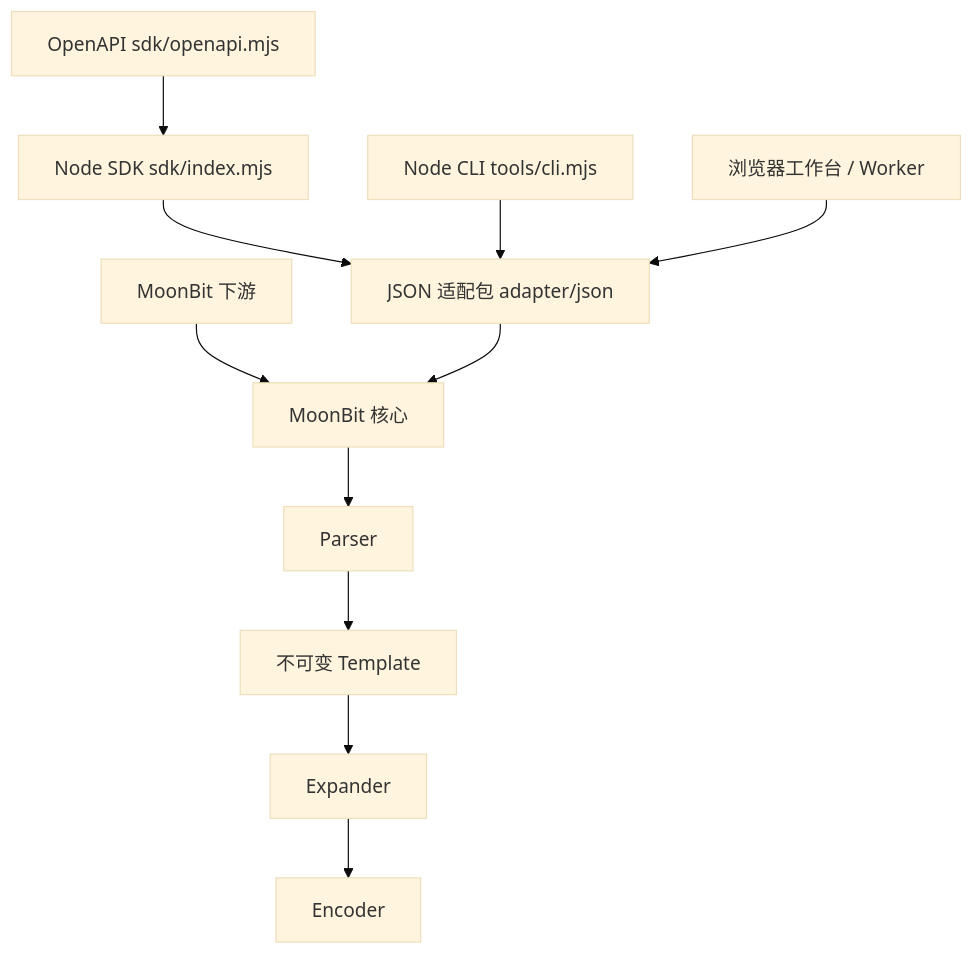
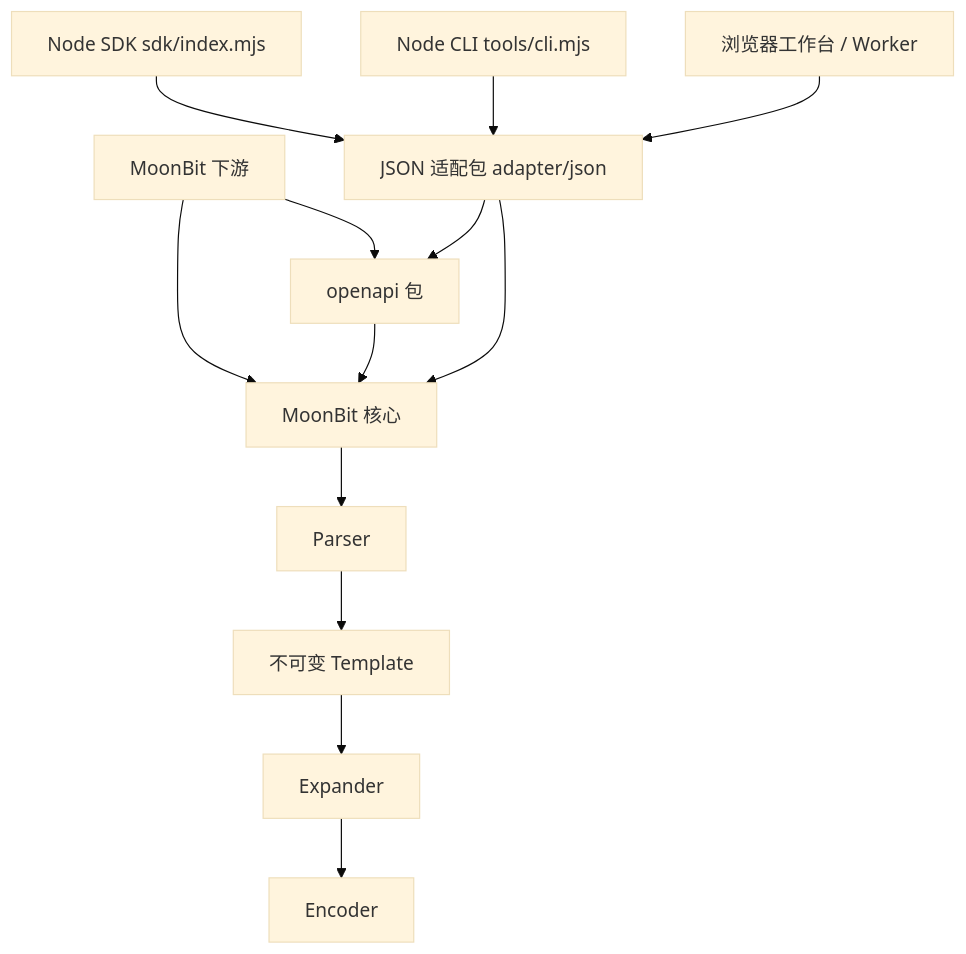
One commit to cjyhjy/moonbit-uri-template changed the diagram in docs/ARCHITECTURE.md. Above: the diagram before and after it, drawn with Mermaid (base theme). The commit also changed other lines of this file and 6 other files, not shown here.

First line of the commit message:
Document the MoonBit OpenAPI package

````diff
--- a/docs/ARCHITECTURE.md
+++ b/docs/ARCHITECTURE.md
@@ -5,11 +5,13 @@
 ```mermaid
 flowchart TD
   MB[MoonBit 下游] --> Core
-  OAS[OpenAPI sdk/openapi.mjs] --> SDK
+  MB --> OAS
   SDK[Node SDK sdk/index.mjs] --> Adapter
+  OAS[openapi 包] --> Core
+  Adapter --> OAS
   CLI[Node CLI tools/cli.mjs] --> Adapter
   Web[浏览器工作台 / Worker] --> Adapter
   Adapter[JSON 适配包 adapter/json] --> Core
   Core[MoonBit 核心] --> Parser --> Template[不可变 Template]
   Template --> Expander --> Encoder
 ```
````
